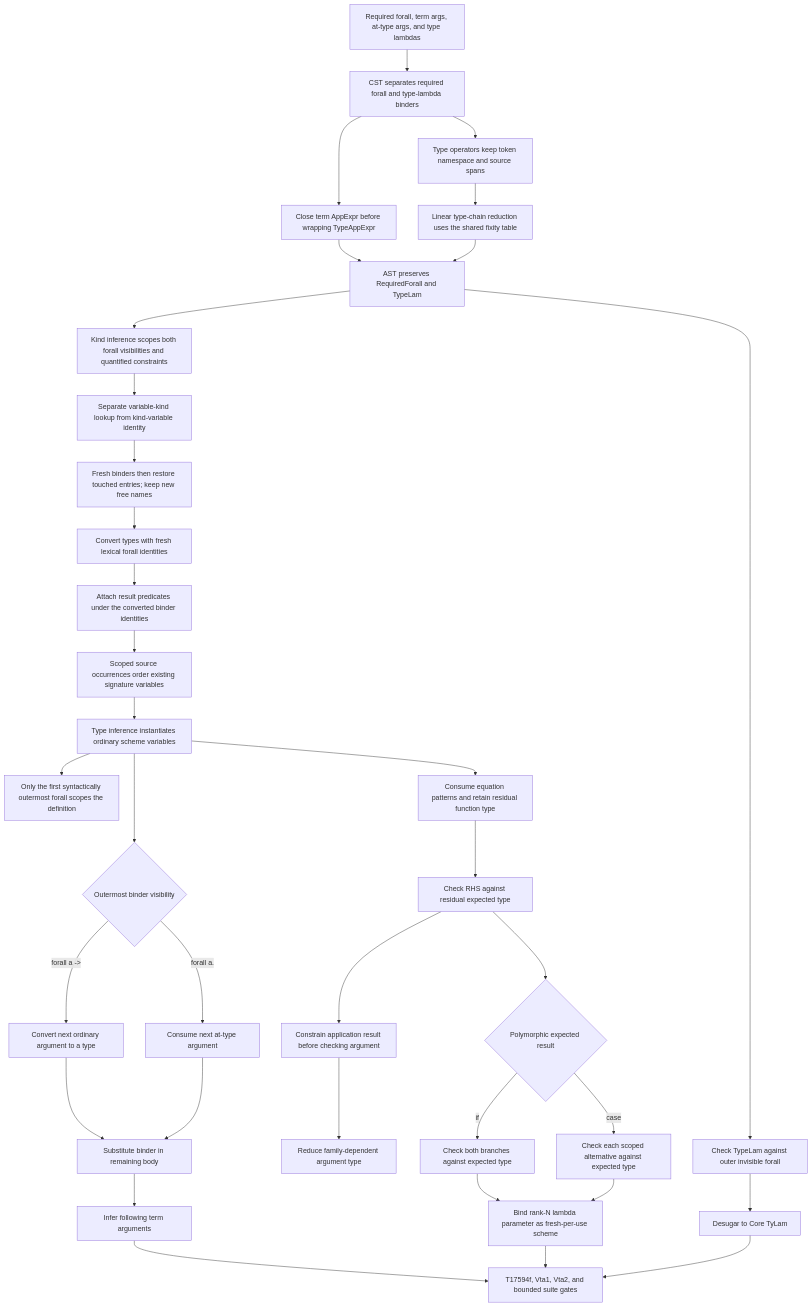
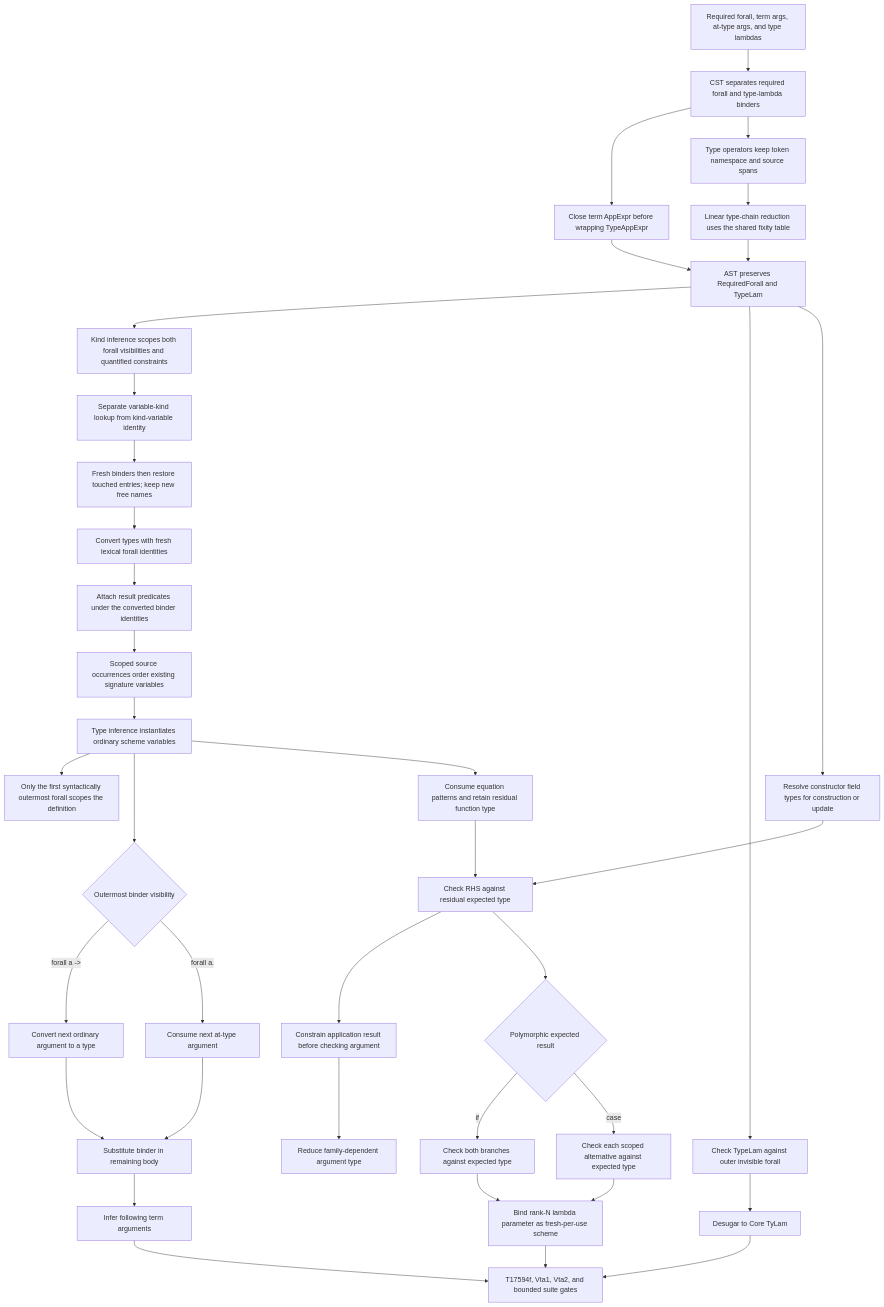
Before and after one commit to loveJesus/haskelujah-chirho: the diagram in spec-chirho/workflows-chirho/language-features-chirho/rank-n-visible-type-application-chirho.md, drawn with Mermaid. The commit also changed other lines of this file and 14 other files, not shown here.

````diff
--- a/spec-chirho/workflows-chirho/language-features-chirho/rank-n-visible-type-application-chirho.md
+++ b/spec-chirho/workflows-chirho/language-features-chirho/rank-n-visible-type-application-chirho.md
@@ -6,38 +6,40 @@
 ```mermaid
 flowchart TD
     source_chirho[Required forall, term args, at-type args, and type lambdas]
     source_chirho --> cst_chirho[CST separates required forall and type-lambda binders]
     cst_chirho --> spine_chirho[Close term AppExpr before wrapping TypeAppExpr]
     spine_chirho --> ast_chirho[AST preserves RequiredForall and TypeLam]
     cst_chirho --> operators_chirho[Type operators keep token namespace and source spans]
     operators_chirho --> fixity_chirho[Linear type-chain reduction uses the shared fixity table]
     fixity_chirho --> ast_chirho
     ast_chirho --> kind_chirho[Kind inference scopes both forall visibilities and quantified constraints]
     kind_chirho --> kind_lookup_chirho[Separate variable-kind lookup from kind-variable identity]
     kind_lookup_chirho --> kind_restore_chirho[Fresh binders then restore touched entries; keep new free names]
     kind_restore_chirho --> conversion_chirho[Convert types with fresh lexical forall identities]
     conversion_chirho --> predicates_chirho[Attach result predicates under the converted binder identities]
     predicates_chirho --> inventory_chirho[Scoped source occurrences order existing signature variables]
     inventory_chirho --> scheme_chirho[Type inference instantiates ordinary scheme variables]
     scheme_chirho --> scope_chirho[Only the first syntactically outermost forall scopes the definition]
     scheme_chirho --> required_chirho{Outermost binder visibility}
     required_chirho -->|forall a ->| ordinary_arg_chirho[Convert next ordinary argument to a type]
     required_chirho -->|forall a.| visible_arg_chirho[Consume next at-type argument]
     ordinary_arg_chirho --> substitution_chirho[Substitute binder in remaining body]
     visible_arg_chirho --> substitution_chirho
     ast_chirho --> type_lambda_chirho[Check TypeLam against outer invisible forall]
     type_lambda_chirho --> core_chirho[Desugar to Core TyLam]
     substitution_chirho --> term_chirho[Infer following term arguments]
     scheme_chirho --> equation_chirho[Consume equation patterns and retain residual function type]
     equation_chirho --> expected_chirho[Check RHS against residual expected type]
+    ast_chirho --> record_fields_chirho[Resolve constructor field types for construction or update]
+    record_fields_chirho --> expected_chirho
     expected_chirho --> application_chirho[Constrain application result before checking argument]
     application_chirho --> family_chirho[Reduce family-dependent argument type]
     expected_chirho --> branch_chirho{Polymorphic expected result}
     branch_chirho -->|if| if_chirho[Check both branches against expected type]
     branch_chirho -->|case| case_chirho[Check each scoped alternative against expected type]
     if_chirho --> lambda_chirho[Bind rank-N lambda parameter as fresh-per-use scheme]
     case_chirho --> lambda_chirho
     lambda_chirho --> gates_chirho[T17594f, Vta1, Vta2, and bounded suite gates]
     core_chirho --> gates_chirho
     term_chirho --> gates_chirho
 ```
````
